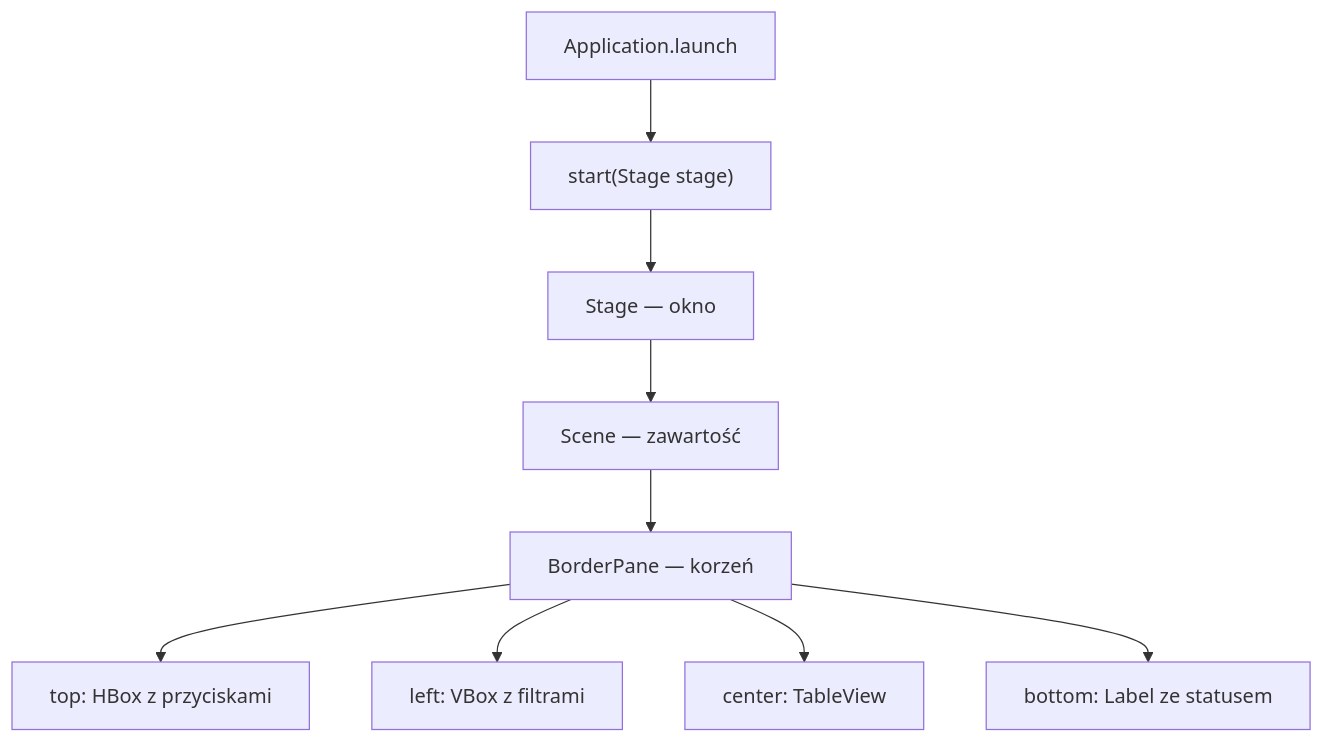
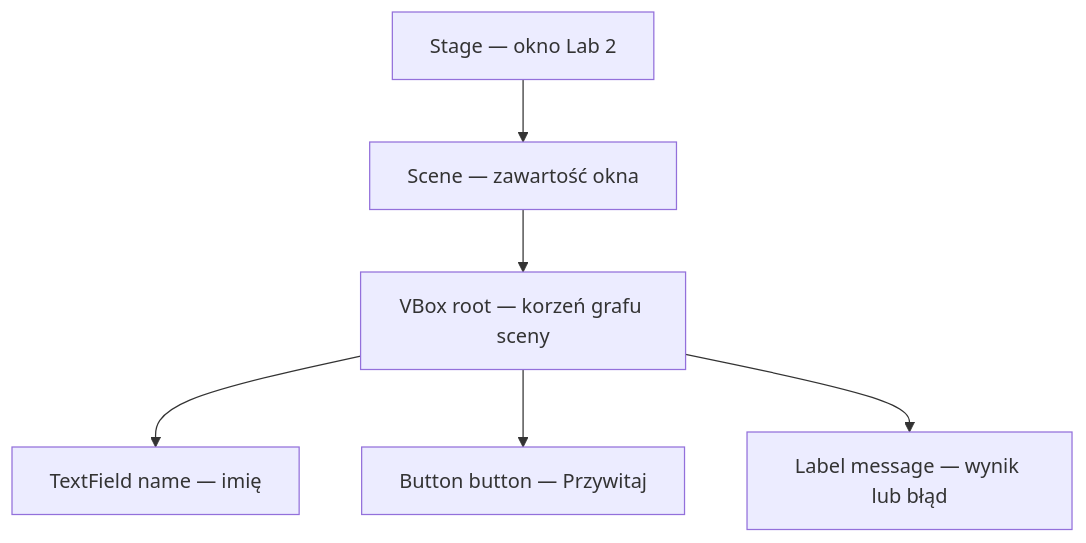
One commit to wgalka/PO2-Java changed the first of 12 diagrams in 2026-2027/lab2/README.md. Above: the diagram before and after it, drawn with Mermaid. The commit also changed other lines of this file and 12 other files, not shown here.

````diff
--- a/2026-2027/lab2/README.md
+++ b/2026-2027/lab2/README.md
@@ -170,11 +106,8 @@
 ```mermaid
 flowchart TD
-    A[Application.launch] --> B["start(Stage stage)"]
-    B --> C[Stage — okno]
-    C --> D[Scene — zawartość]
-    D --> E[BorderPane — korzeń]
-    E --> F["top: HBox z przyciskami"]
-    E --> G["left: VBox z filtrami"]
-    E --> H["center: TableView"]
-    E --> I["bottom: Label ze statusem"]
+    W["Stage — okno Lab 2"] --> S["Scene — zawartość okna"]
+    S --> V["VBox root — korzeń grafu sceny"]
+    V --> F["TextField name — imię"]
+    V --> B["Button button — Przywitaj"]
+    V --> L["Label message — wynik lub błąd"]
 ```
````
